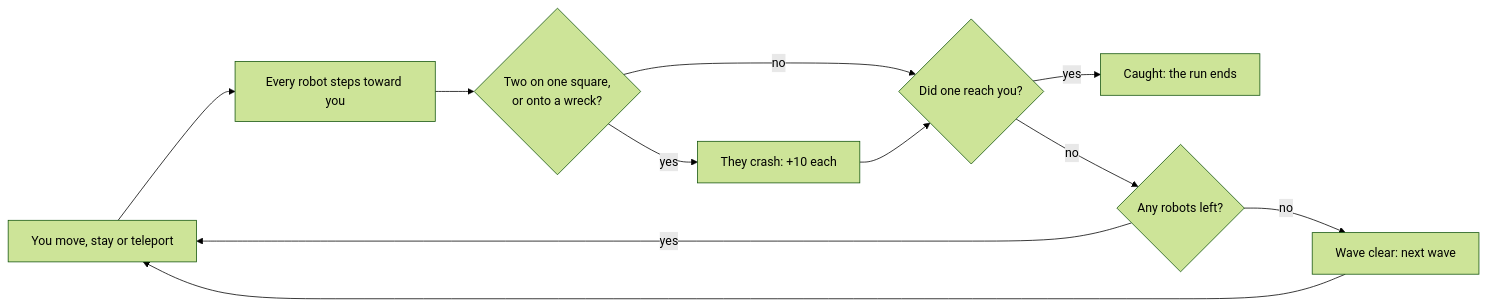
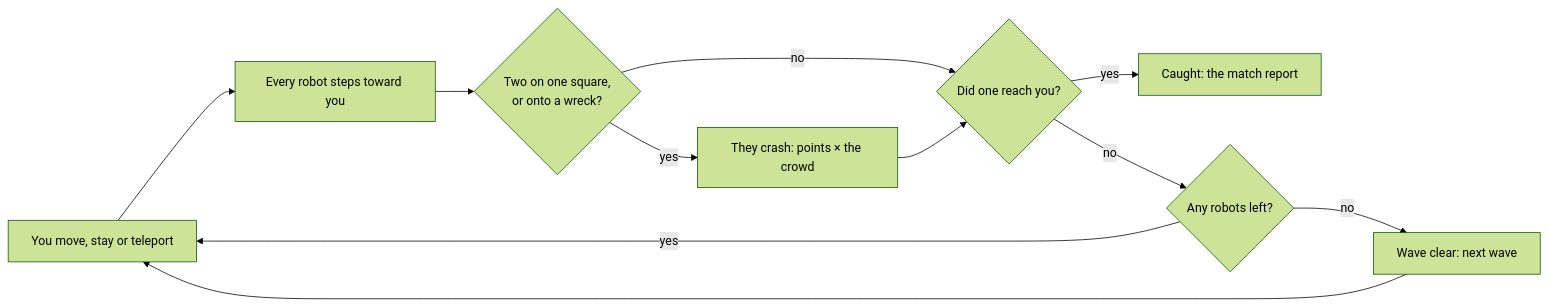
The diagram in games/robots/docs/HOW-TO-PLAY.md (agunawijaya/usr-games-reborn), drawn with Mermaid (forest theme) before and after one commit. The commit also changed other lines of this file and 51 other files, not shown here.

First line of the commit message:
Robots: game menu, five modes, crowd hype, jumbotron calls and match reports

````diff
--- a/games/robots/docs/HOW-TO-PLAY.md
+++ b/games/robots/docs/HOW-TO-PLAY.md
@@ -38,13 +44,13 @@
 ```mermaid
 flowchart LR
   move["You move, stay or teleport"] --> step["Every robot steps toward you"]
   step --> crash{"Two on one square,<br/>or onto a wreck?"}
-  crash -- yes --> wreck["They crash: +10 each"]
+  crash -- yes --> wreck["They crash: points × the crowd"]
   crash -- no --> caught
   wreck --> caught{"Did one reach you?"}
-  caught -- yes --> over["Caught: the run ends"]
+  caught -- yes --> over["Caught: the match report"]
   caught -- no --> clear{"Any robots left?"}
   clear -- no --> next["Wave clear: next wave"]
   clear -- yes --> move
   next --> move
 ```
````
